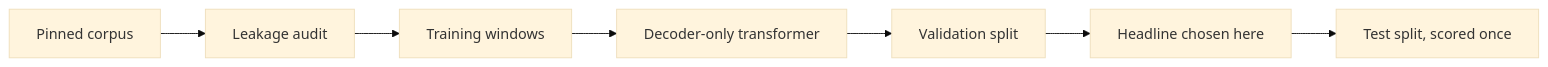
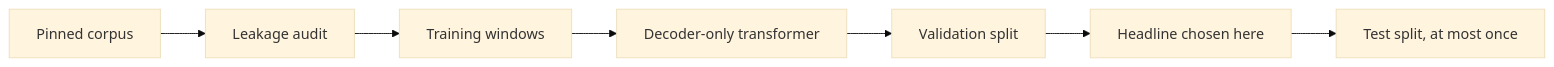
One commit to shmorsi/tsfm-from-scratch changed the first of 2 diagrams in README.md. Above: the diagram before and after it, drawn with Mermaid (base theme). The commit also changed other lines of this file and 3 other files, not shown here.

````diff
--- a/README.md
+++ b/README.md
@@ -13,9 +13,9 @@
 ```mermaid
 flowchart LR
   corpus[Pinned corpus] --> audit[Leakage audit]
   audit --> windows[Training windows]
   windows --> model[Decoder-only transformer]
   model --> val[Validation split]
   val --> choice[Headline chosen here]
-  choice --> test[Test split, scored once]
+  choice --> test[Test split, at most once]
 ```
````
